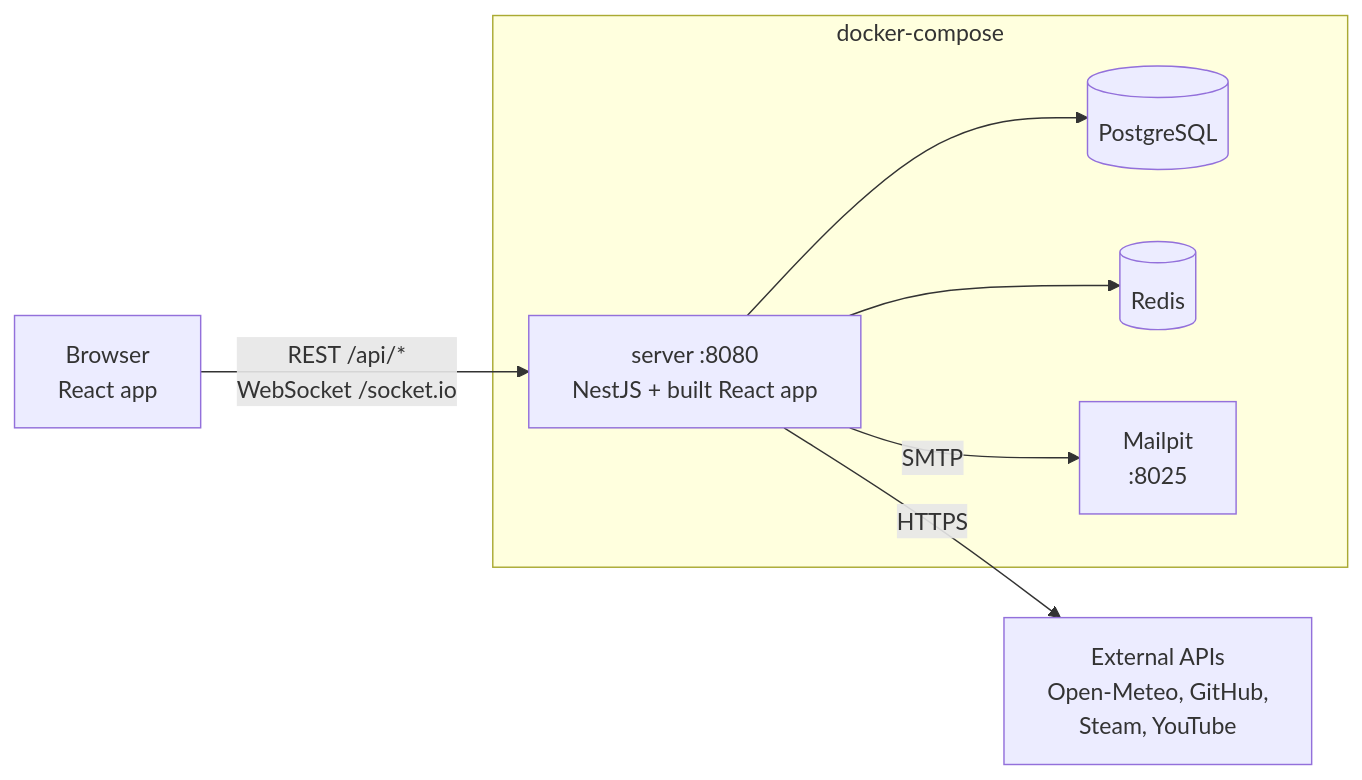
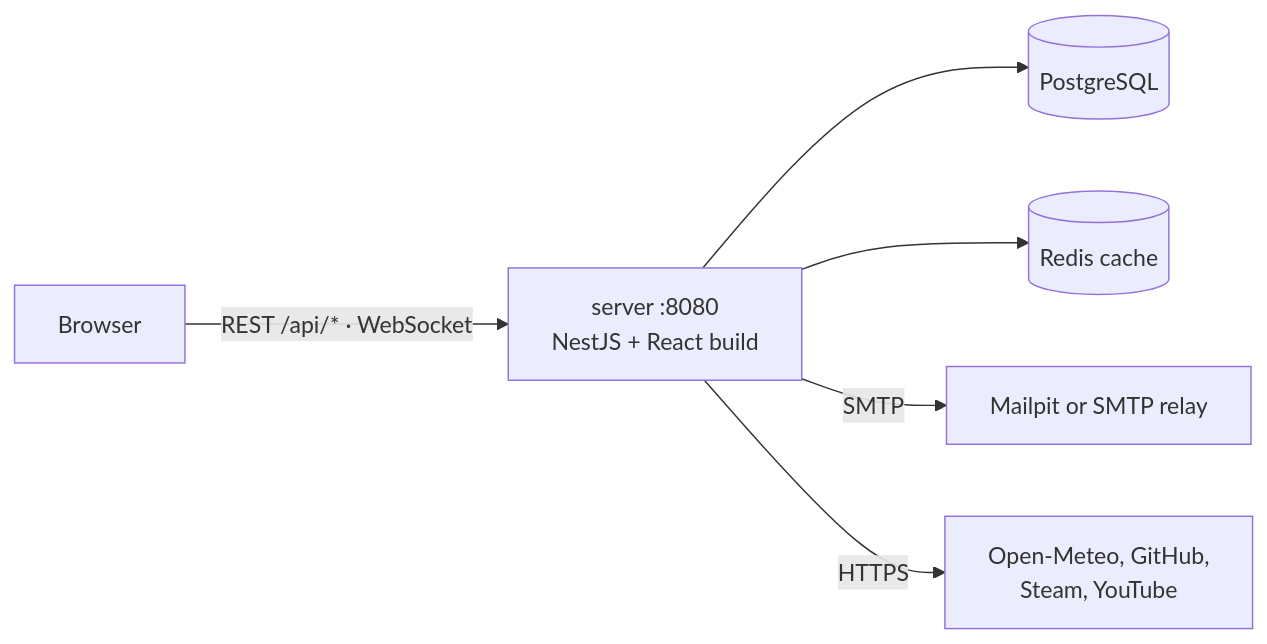
The diagram in README.md (tekClovis/DashBoard), drawn with Mermaid before and after one commit. The commit also changed other lines of this file, not shown here.

````diff
--- a/README.md
+++ b/README.md
@@ -194,14 +246,8 @@
 ```mermaid
 flowchart LR
-  B[Browser<br/>React app] -- "REST /api/*<br/>WebSocket /socket.io" --> S
-  subgraph compose[docker-compose]
-    S[server :8080<br/>NestJS + built React app]
-    P[(PostgreSQL)]
-    R[(Redis)]
-    M[Mailpit<br/>:8025]
-  end
-  S --> P
-  S --> R
-  S -- SMTP --> M
-  S -- HTTPS --> U[External APIs<br/>Open-Meteo, GitHub,<br/>Steam, YouTube]
+  B[Browser] -- "REST /api/* · WebSocket" --> S[server :8080<br/>NestJS + React build]
+  S --> P[(PostgreSQL)]
+  S --> R[(Redis cache)]
+  S -- SMTP --> M[Mailpit or SMTP relay]
+  S -- HTTPS --> U[Open-Meteo, GitHub,<br/>Steam, YouTube]
 ```
````
